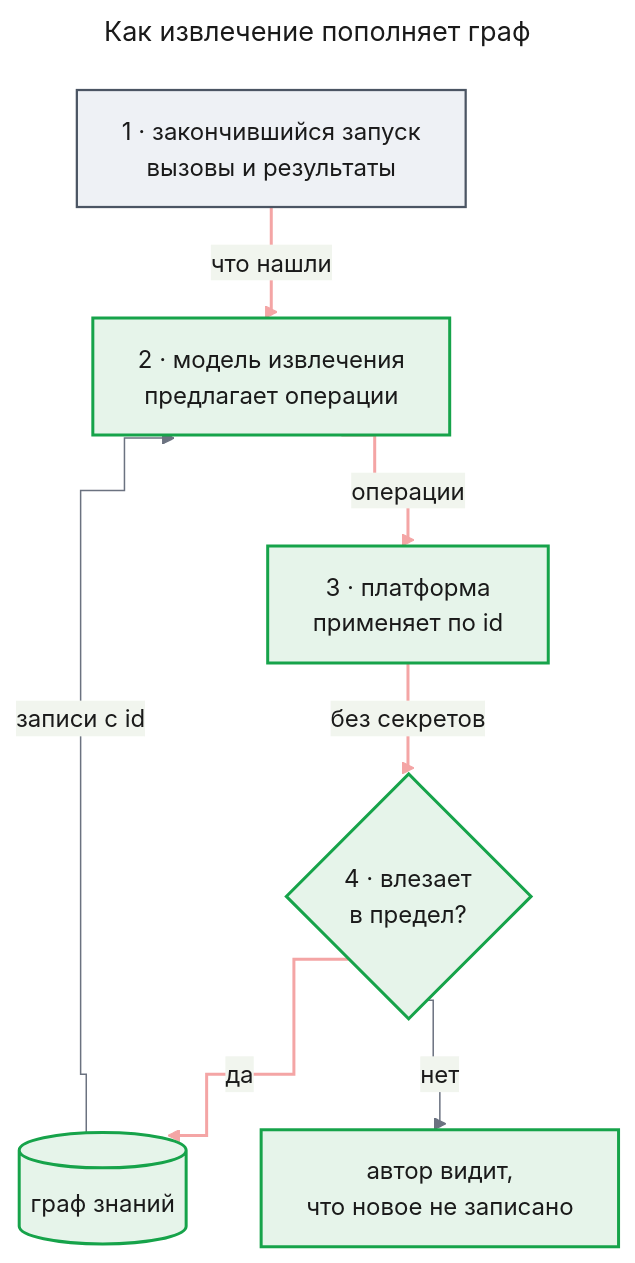
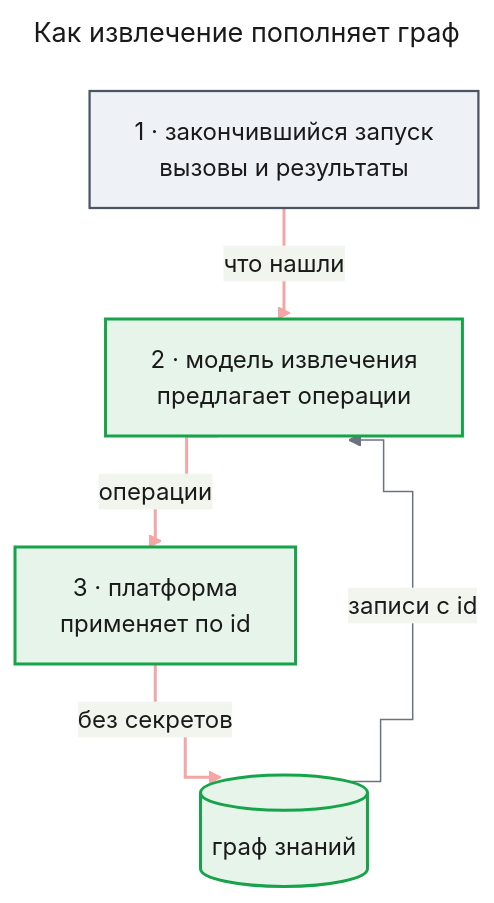
Before and after one commit to tundraray/agent-os: the third of 3 diagrams in docs/features/self-learning/prd.md, drawn with Mermaid. The commit also changed other lines of this file, not shown here.

````diff
--- a/docs/features/self-learning/prd.md
+++ b/docs/features/self-learning/prd.md
@@ -124,43 +127,36 @@
 ```mermaid
 ---
 title: "Как извлечение пополняет граф"
 config:
   theme: base
   look: classic
   themeVariables:
     primaryColor: "#eef1f5"
     primaryBorderColor: "#4b5563"
     primaryTextColor: "#1a1a1a"
     lineColor: "#6b7280"
   flowchart:
     curve: step
   themeCSS: |
-    @keyframes lit_sl3{0%,22.5%{stroke:#991b1b;stroke-width:6px}25%,100%{stroke:#f4a5a5;stroke-width:2px}}
+    @keyframes lit_sl3{0%,30%{stroke:#991b1b;stroke-width:6px}33.33%,100%{stroke:#f4a5a5;stroke-width:2px}}
 ---
 flowchart TB
     run["1 · закончившийся запуск<br/>вызовы и результаты"]
     model["2 · модель извлечения<br/>предлагает операции"]
     apply["3 · платформа<br/>применяет по id"]
-    fits{"4 · влезает<br/>в предел?"}
     kg[("граф знаний")]
-    notice["автор видит,<br/>что новое не записано"]
     run e1@-->|"что нашли"| model
     model e2@-->|"операции"| apply
-    apply e3@-->|"без секретов"| fits
-    fits e4@-->|"да"| kg
-    fits -->|"нет"| notice
+    apply e3@-->|"без секретов"| kg
     kg -->|"записи с id"| model
-    classDef changed fill:#fde8e8,stroke:#dc2626,stroke-width:2px,color:#1a1a1a
     classDef new fill:#e6f4ea,stroke:#16a34a,stroke-width:2px,color:#1a1a1a
     classDef unchanged fill:#eef1f5,stroke:#4b5563,stroke-width:1.5px,color:#1a1a1a
-    classDef w1 stroke:#f4a5a5,stroke-width:2px,animation:lit_sl3 4.8s linear 0s infinite
-    classDef w2 stroke:#f4a5a5,stroke-width:2px,animation:lit_sl3 4.8s linear 1.2s infinite
-    classDef w3 stroke:#f4a5a5,stroke-width:2px,animation:lit_sl3 4.8s linear 2.4s infinite
-    classDef w4 stroke:#f4a5a5,stroke-width:2px,animation:lit_sl3 4.8s linear 3.6s infinite
+    classDef w1 stroke:#f4a5a5,stroke-width:2px,animation:lit_sl3 3.6s linear 0s infinite
+    classDef w2 stroke:#f4a5a5,stroke-width:2px,animation:lit_sl3 3.6s linear 1.2s infinite
+    classDef w3 stroke:#f4a5a5,stroke-width:2px,animation:lit_sl3 3.6s linear 2.4s infinite
     class run unchanged
-    class model,apply,fits,kg,notice new
+    class model,apply,kg new
     class e1 w1
     class e2 w2
     class e3 w3
-    class e4 w4
 ```
````
